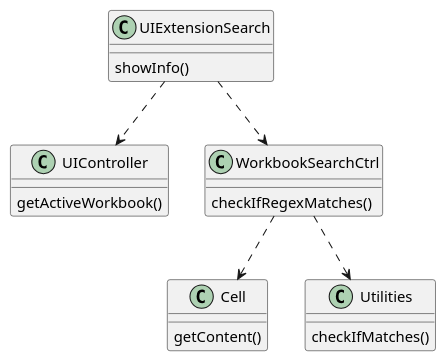
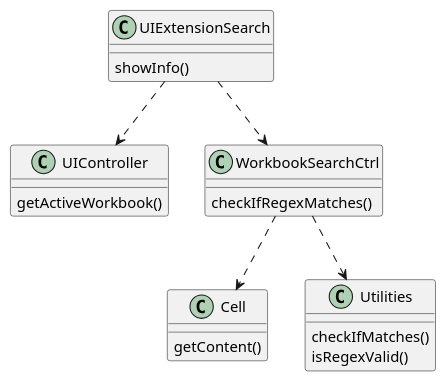
The diagram in src/main/java/lapr4/red/s1/core/n1150613/workbookSearch/core07_01_design_cd.puml (MikeTekOn/lapr4-2017-2dd), drawn with PlantUML before and after one commit.

Commit message:
LAPR4E17DD-134 #comment Design sd and cd fixes

```diff
--- a/src/main/java/lapr4/red/s1/core/n1150613/workbookSearch/core07_01_design_cd.puml
+++ b/src/main/java/lapr4/red/s1/core/n1150613/workbookSearch/core07_01_design_cd.puml
@@ -1,22 +1,23 @@
 @startuml
 class UIExtensionSearch{
     showInfo()
 }
 class UIController{
     getActiveWorkbook()
 }
 class WorkbookSearchCtrl{
     checkIfRegexMatches()
 }
 class Cell{
     getContent()
 }
 class Utilities {
     checkIfMatches()
+    isRegexValid()
 }
 
 UIExtensionSearch ..> UIController
 UIExtensionSearch ..> WorkbookSearchCtrl
 WorkbookSearchCtrl ..> Cell
 WorkbookSearchCtrl ..> Utilities
 @enduml
```
